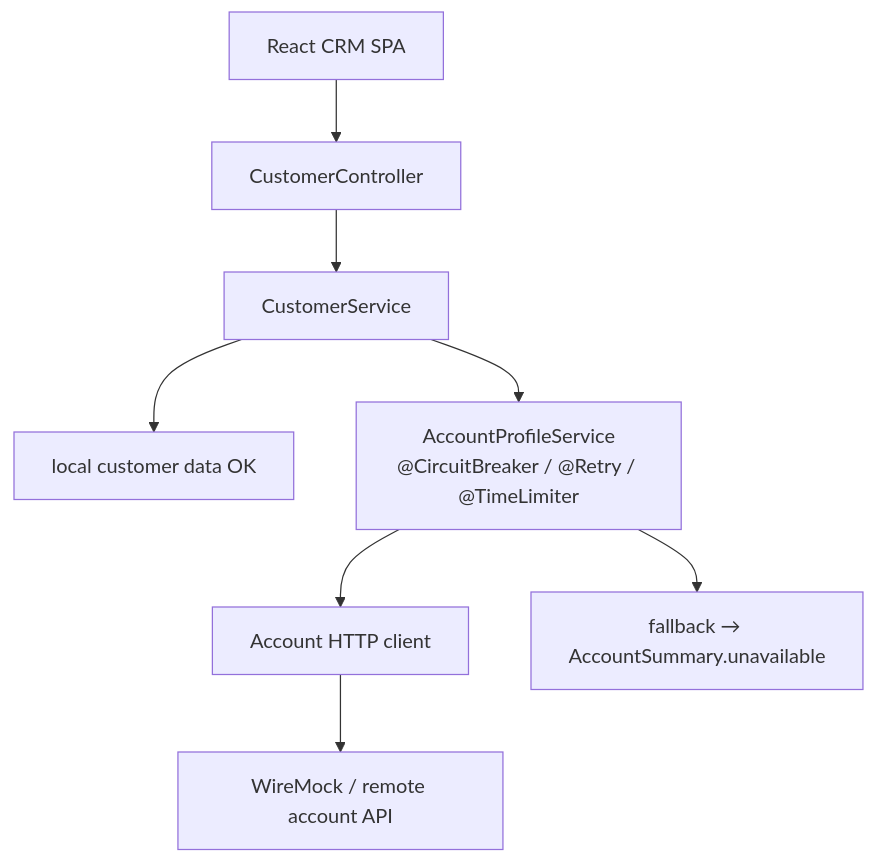
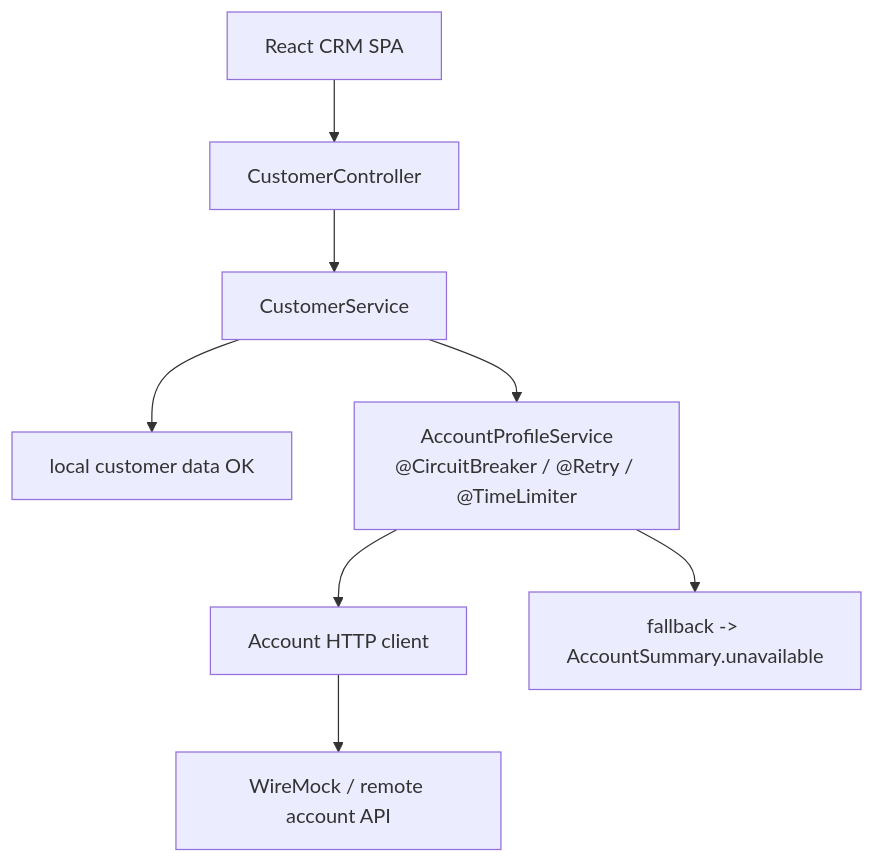
One commit to pupilliluke/bc-sw-engineer-java-participant changed the first of 2 diagrams in labs/Week 4 - Kafka, React, PostgreSQL and Resilience/module-32/lab32/LAB-32-GUIDE.md. Above: the diagram before and after it, drawn with Mermaid. The commit also changed other lines of this file and 55 other files, not shown here.

Commit message:
Stop publishing local screenshots; harden Mermaid for GitHub; sync only tracked lab files.

````diff
--- a/labs/Week 4 - Kafka, React, PostgreSQL and Resilience/module-32/lab32/LAB-32-GUIDE.md
+++ b/labs/Week 4 - Kafka, React, PostgreSQL and Resilience/module-32/lab32/LAB-32-GUIDE.md
@@ -85,10 +85,10 @@
 ```mermaid
 flowchart TB
   UI["React CRM SPA"] --> Ctrl["CustomerController"]
   Ctrl --> Svc["CustomerService"]
   Svc --> Local["local customer data OK"]
   Svc --> APS["AccountProfileService<br/>@CircuitBreaker / @Retry / @TimeLimiter"]
   APS --> Client["Account HTTP client"]
   Client --> Remote["WireMock / remote account API"]
-  APS --> FB["fallback → AccountSummary.unavailable"]
+  APS --> FB["fallback -> AccountSummary.unavailable"]
 ```
````
